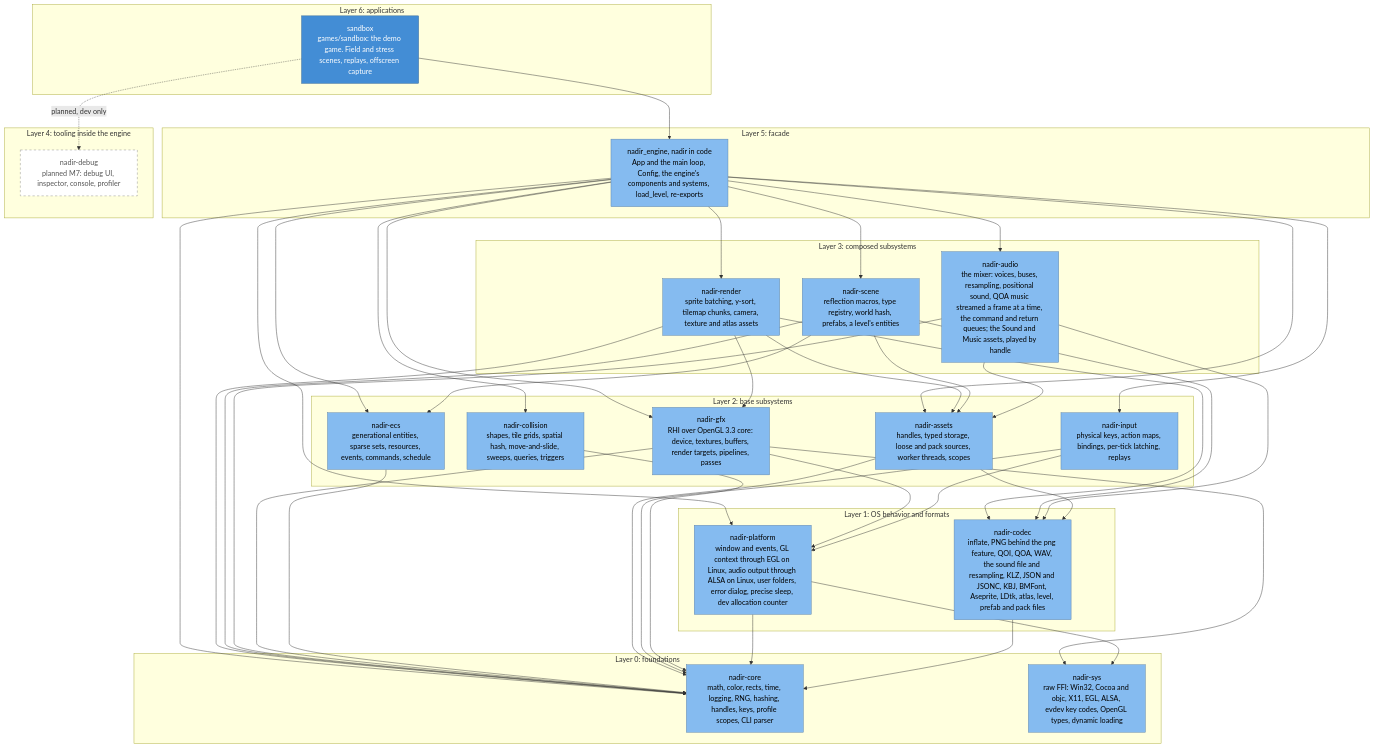
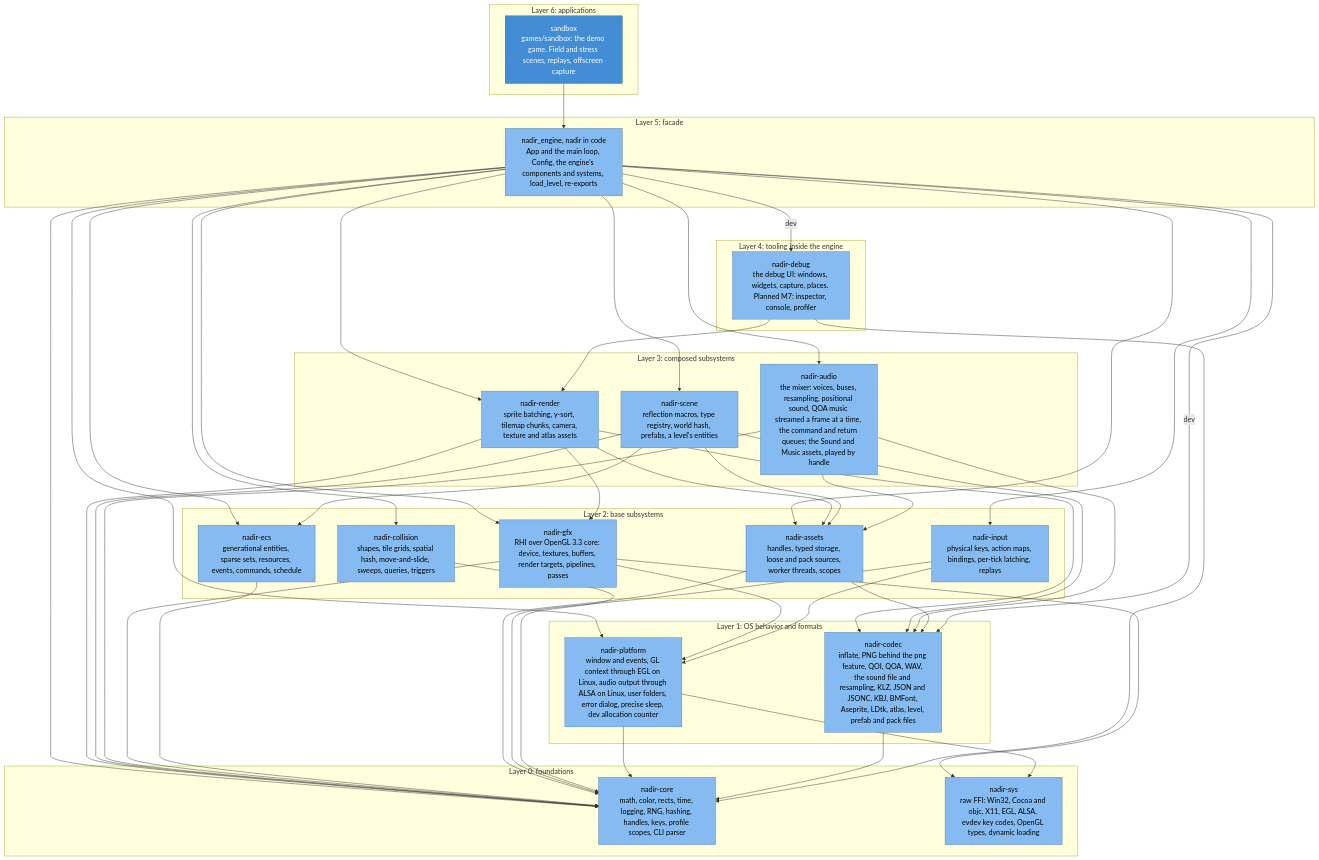
One commit to jabbott-iii/Nadir changed the third of 5 diagrams in diagrams/c4-architecture.md. Above: the diagram before and after it, drawn with Mermaid. The commit also changed other lines of this file and 34 other files, not shown here.

````diff
--- a/diagrams/c4-architecture.md
+++ b/diagrams/c4-architecture.md
@@ -155,75 +155,77 @@
 ```mermaid
 flowchart TB
     subgraph L6["Layer 6: applications"]
         n_sandbox["sandbox<br/>games/sandbox: the demo game. Field and stress scenes, replays, offscreen capture"]
     end
     subgraph L5["Layer 5: facade"]
         n_engine["nadir_engine, nadir in code<br/>App and the main loop, Config, the engine's components and systems, load_level, re-exports"]
     end
     subgraph L4["Layer 4: tooling inside the engine"]
-        n_debug["nadir-debug<br/>planned M7: debug UI, inspector, console, profiler"]
+        n_debug["nadir-debug<br/>the debug UI: windows, widgets, capture, places. Planned M7: inspector, console, profiler"]
     end
     subgraph L3["Layer 3: composed subsystems"]
         n_render["nadir-render<br/>sprite batching, y-sort, tilemap chunks, camera, texture and atlas assets"]
         n_scene["nadir-scene<br/>reflection macros, type registry, world hash, prefabs, a level's entities"]
         n_audio["nadir-audio<br/>the mixer: voices, buses, resampling, positional sound, QOA music streamed a frame at a time, the command and return queues; the Sound and Music assets, played by handle"]
     end
     subgraph L2["Layer 2: base subsystems"]
         n_gfx["nadir-gfx<br/>RHI over OpenGL 3.3 core: device, textures, buffers, render targets, pipelines, passes"]
         n_ecs["nadir-ecs<br/>generational entities, sparse sets, resources, events, commands, schedule"]
         n_assets["nadir-assets<br/>handles, typed storage, loose and pack sources, worker threads, scopes"]
         n_input["nadir-input<br/>physical keys, action maps, bindings, per-tick latching, replays"]
         n_collision["nadir-collision<br/>shapes, tile grids, spatial hash, move-and-slide, sweeps, queries, triggers"]
     end
     subgraph L1["Layer 1: OS behavior and formats"]
         n_platform["nadir-platform<br/>window and events, GL context through EGL on Linux, audio output through ALSA on Linux, user folders, error dialog, precise sleep, dev allocation counter"]
         n_codec["nadir-codec<br/>inflate, PNG behind the png feature, QOI, QOA, WAV, the sound file and resampling, KLZ, JSON and JSONC, KBJ, BMFont, Aseprite, LDtk, atlas, level, prefab and pack files"]
     end
     subgraph L0["Layer 0: foundations"]
         n_core["nadir-core<br/>math, color, rects, time, logging, RNG, hashing, handles, keys, profile scopes, CLI parser"]
         n_sys["nadir-sys<br/>raw FFI: Win32, Cocoa and objc, X11, EGL, ALSA, evdev key codes, OpenGL types, dynamic loading"]
     end
 
     n_sandbox --> n_engine
     n_engine --> n_assets
     n_engine --> n_audio
     n_engine --> n_collision
     n_engine --> n_core
     n_engine --> n_ecs
     n_engine --> n_gfx
     n_engine --> n_input
     n_engine --> n_platform
     n_engine --> n_render
     n_engine --> n_scene
     n_render --> n_assets
     n_render --> n_codec
     n_render --> n_core
     n_render --> n_gfx
     n_scene --> n_assets
     n_scene --> n_codec
     n_scene --> n_core
     n_scene --> n_ecs
     n_audio --> n_assets
     n_audio --> n_codec
     n_audio --> n_core
     n_gfx --> n_core
     n_gfx --> n_platform
     n_gfx --> n_sys
     n_ecs --> n_core
     n_assets --> n_codec
     n_assets --> n_core
     n_input --> n_core
     n_input --> n_platform
     n_collision --> n_core
     n_platform --> n_core
     n_platform --> n_sys
     n_codec --> n_core
-    n_sandbox -.->|"planned, dev only"| n_debug
+    n_engine -->|"dev"| n_debug
+    n_engine -->|"dev"| n_codec
+    n_debug --> n_core
+    n_debug --> n_render
 
     classDef container fill:#438dd5,stroke:#2e6295,color:#ffffff
     classDef component fill:#85bbf0,stroke:#5d82a8,color:#000000
     classDef planned fill:#ffffff,stroke:#888888,stroke-dasharray: 5 5,color:#555555
     class n_sandbox container
-    class n_engine,n_render,n_scene,n_audio,n_gfx,n_ecs,n_assets,n_input,n_collision,n_platform,n_codec,n_core,n_sys component
-    class n_debug planned
+    class n_engine,n_render,n_scene,n_audio,n_gfx,n_ecs,n_assets,n_input,n_collision,n_platform,n_codec,n_core,n_sys,n_debug component
 ```
````
